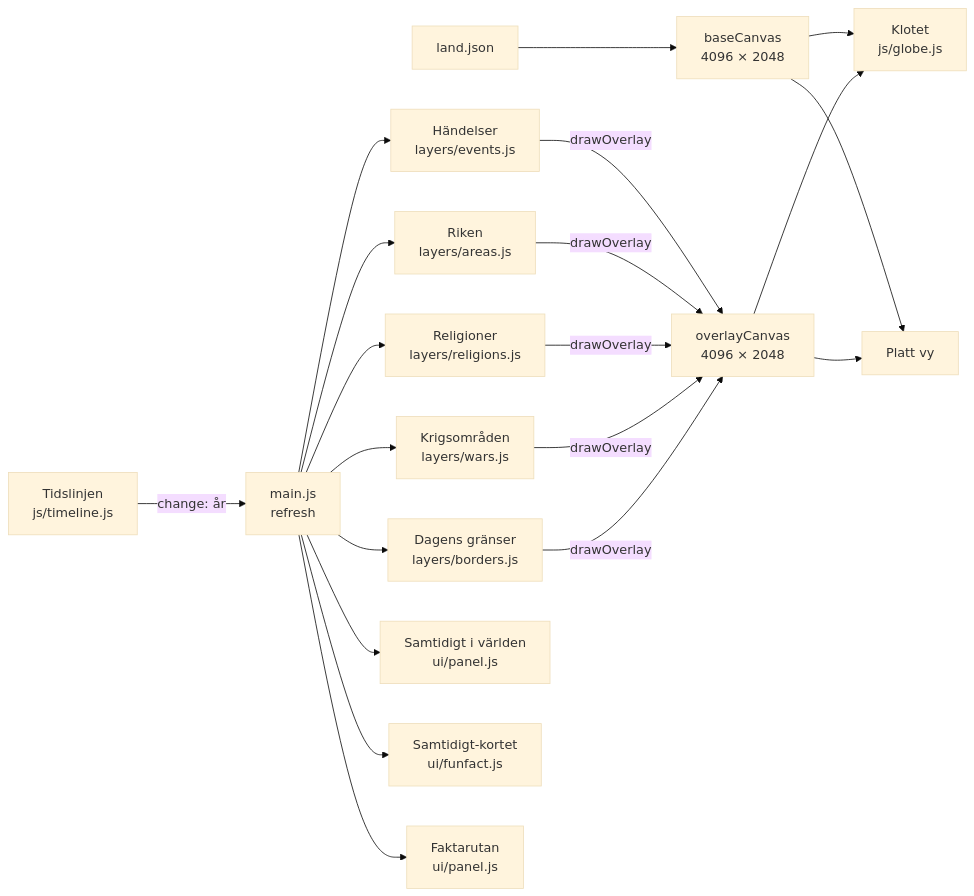
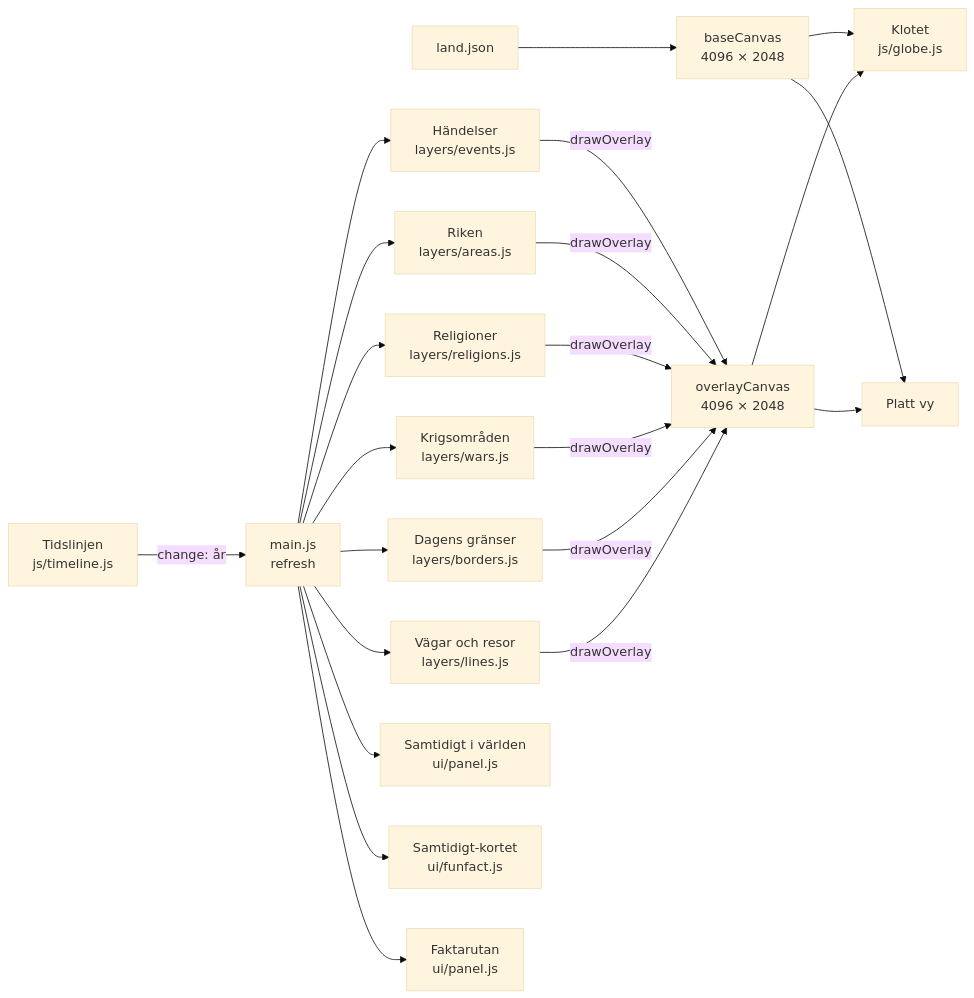
One commit to DasKrokodil/historia-globen changed the diagram in docs/arkitektur.md. Above: the diagram before and after it, drawn with Mermaid (base theme). The commit also changed other lines of this file and 14 other files, not shown here.

First line of the commit message:
Lagertypen linje: vägar och resor som ritas fram över tiden (#38)

````diff
--- a/docs/arkitektur.md
+++ b/docs/arkitektur.md
@@ -16,16 +16,17 @@
 ```mermaid
 flowchart LR
   T[Tidslinjen<br/>js/timeline.js] -- change: år --> M[main.js<br/>refresh]
   M --> L1[Händelser<br/>layers/events.js]
   M --> L2[Riken<br/>layers/areas.js]
   M --> L3[Religioner<br/>layers/religions.js]
   M --> L4[Krigsområden<br/>layers/wars.js]
   M --> L5[Dagens gränser<br/>layers/borders.js]
-  L1 & L2 & L3 & L4 & L5 -- drawOverlay --> O[overlayCanvas<br/>4096 × 2048]
+  M --> L6[Vägar och resor<br/>layers/lines.js]
+  L1 & L2 & L3 & L4 & L5 & L6 -- drawOverlay --> O[overlayCanvas<br/>4096 × 2048]
   B[land.json] --> BC[baseCanvas<br/>4096 × 2048]
   BC & O --> G[Klotet<br/>js/globe.js]
   BC & O --> F[Platt vy]
   M --> P[Samtidigt i världen<br/>ui/panel.js]
   M --> S[Samtidigt-kortet<br/>ui/funfact.js]
   M --> D[Faktarutan<br/>ui/panel.js]
 ```
````
